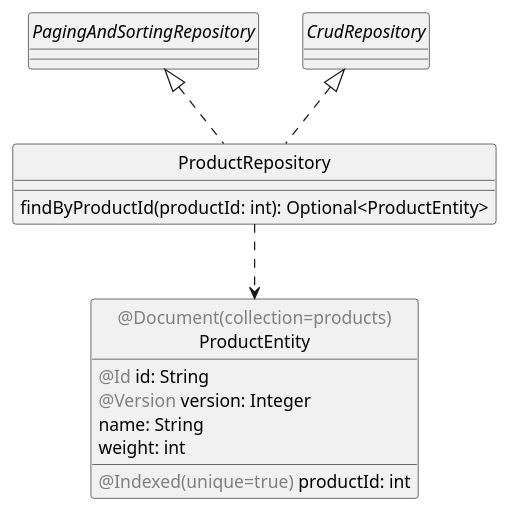
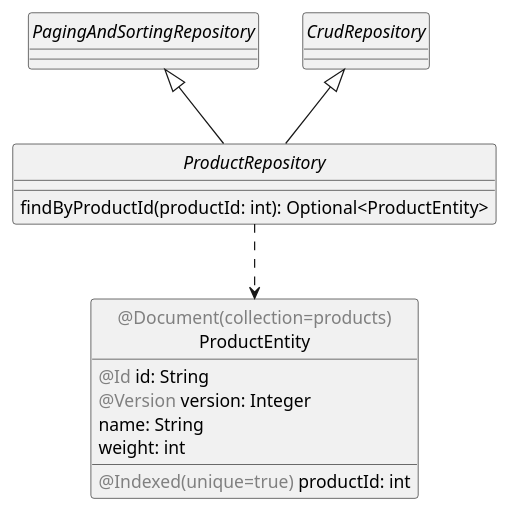
The second of 4 diagrams in docs/kata/Microservices with Spring Boot 3 and Spring Cloud - Third Edition/6 Adding Persistence.md (teddyprogramming/teddyprogramming.github.io), drawn with PlantUML before and after one commit. The commit also changed other lines of this file, not shown here.

````diff
--- a/docs/kata/Microservices with Spring Boot 3 and Spring Cloud - Third Edition/6 Adding Persistence.md
+++ b/docs/kata/Microservices with Spring Boot 3 and Spring Cloud - Third Edition/6 Adding Persistence.md
@@ -214,14 +22,14 @@
-    ```plantuml
-    hide circle
-    class ProductRepository implements PagingAndSortingRepository, CrudRepository {
-        findByProductId(productId: int): Optional<ProductEntity>
-    }
-    class "<font color=gray>@Document(collection=products)</font>\nProductEntity" as entity {
-        <font color=gray>@Id</font> id: String
-        <font color=gray>@Version</font> version: Integer
-        <font color=gray>@Indexed(unique=true)</font> productId: int
-        name: String
-        weight: int
-    }
-    ProductRepository ..> entity
-    ```
+```plantuml
+hide circle
+interface ProductRepository implements PagingAndSortingRepository, CrudRepository {
+    findByProductId(productId: int): Optional<ProductEntity>
+}
+class "<font color=gray>@Document(collection=products)</font>\nProductEntity" as entity {
+    <font color=gray>@Id</font> id: String
+    <font color=gray>@Version</font> version: Integer
+    <font color=gray>@Indexed(unique=true)</font> productId: int
+    name: String
+    weight: int
+}
+ProductRepository ..> entity
+```
````
